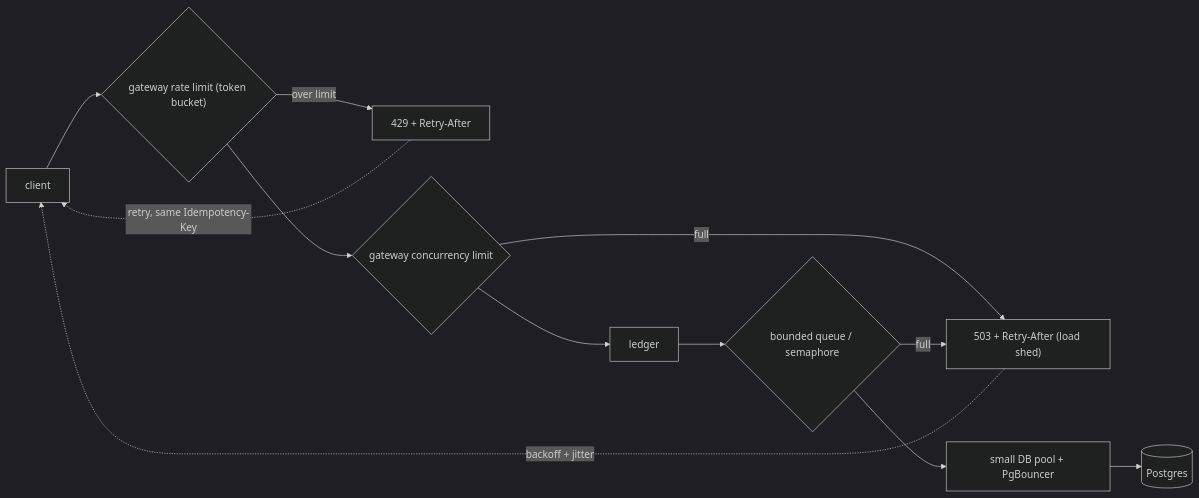
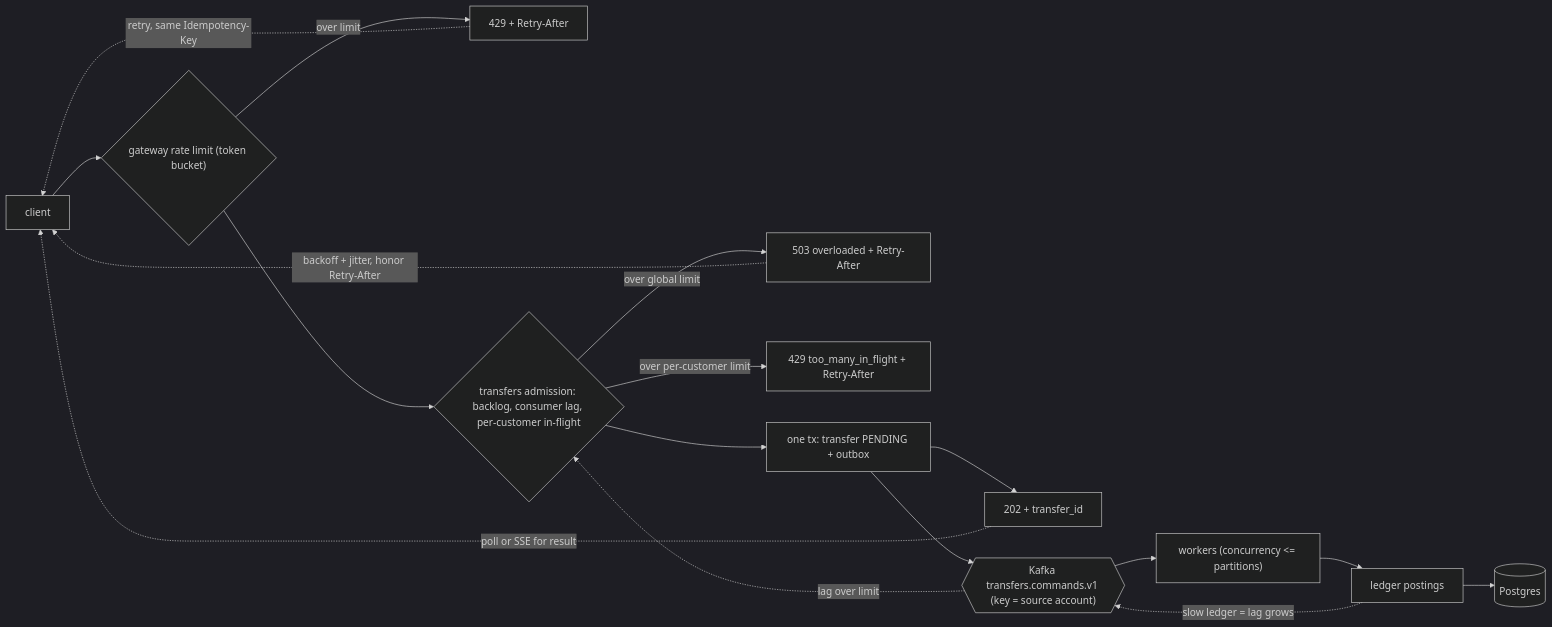
Before and after one commit to GodwinJacobR/mock-bank: the diagram in docs/transfers-backpressure.md, drawn with Mermaid (dark theme). The commit also changed other lines of this file and 19 other files, not shown here.

Commit message:
Add transfers service spec; ledger becomes postings-only; update docs

````diff
--- a/docs/transfers-backpressure.md
+++ b/docs/transfers-backpressure.md
@@ -7,14 +7,19 @@
 ```mermaid
 flowchart LR
   C[client] --> RL{"gateway rate limit (token bucket)"}
   RL -- over limit --> R429["429 + Retry-After"]
-  RL --> CL{"gateway concurrency limit"}
-  CL -- full --> R503["503 + Retry-After (load shed)"]
-  CL --> LED[ledger]
-  LED --> Q{"bounded queue / semaphore"}
-  Q -- full --> R503
-  Q --> POOL["small DB pool + PgBouncer"]
-  POOL --> PG[(Postgres)]
+  RL --> ADM{"transfers admission: backlog, consumer lag, per-customer in-flight"}
+  ADM -- over global limit --> R503["503 overloaded + Retry-After"]
+  ADM -- over per-customer limit --> R429b["429 too_many_in_flight + Retry-After"]
+  ADM --> TX["one tx: transfer PENDING + outbox"]
+  TX --> A202["202 + transfer_id"]
+  TX --> K{{"Kafka transfers.commands.v1 (key = source account)"}}
+  K --> W["workers (concurrency <= partitions)"]
+  W --> LED[ledger postings]
+  LED --> PG[(Postgres)]
+  LED -. "slow ledger = lag grows" .-> K
+  K -. "lag over limit" .-> ADM
   R429 -. "retry, same Idempotency-Key" .-> C
-  R503 -. "backoff + jitter" .-> C
+  R503 -. "backoff + jitter, honor Retry-After" .-> C
+  A202 -. "poll or SSE for result" .-> C
 ```
````
